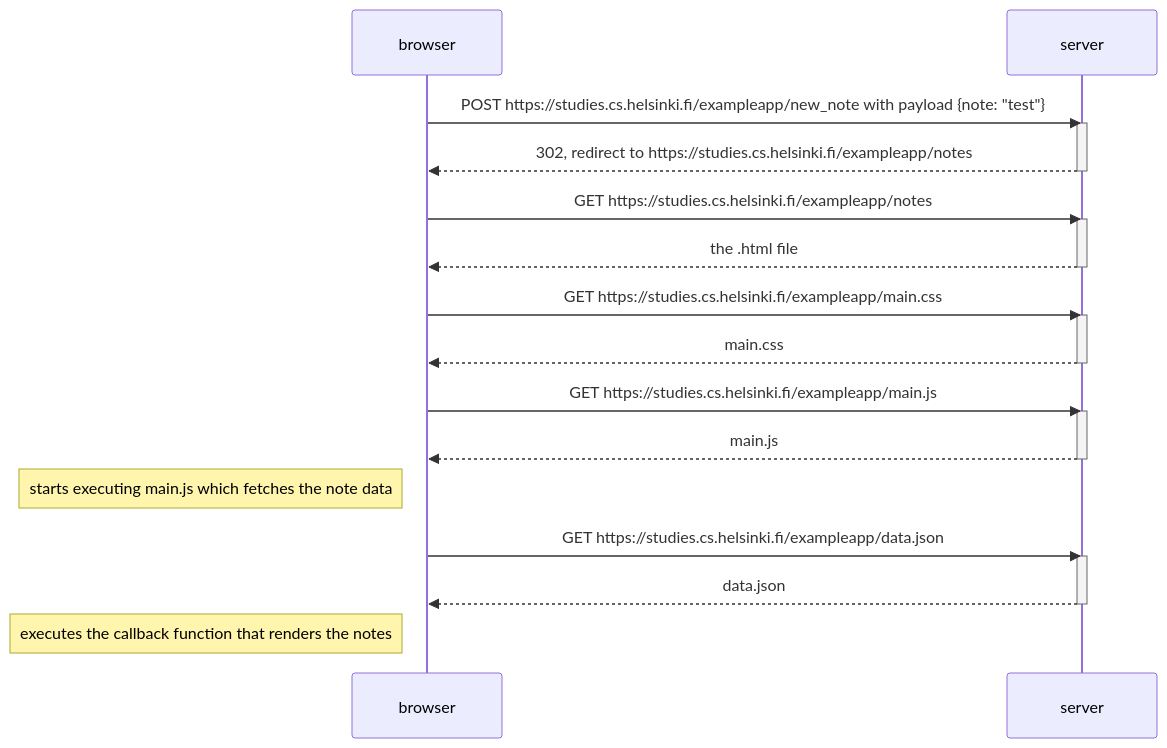
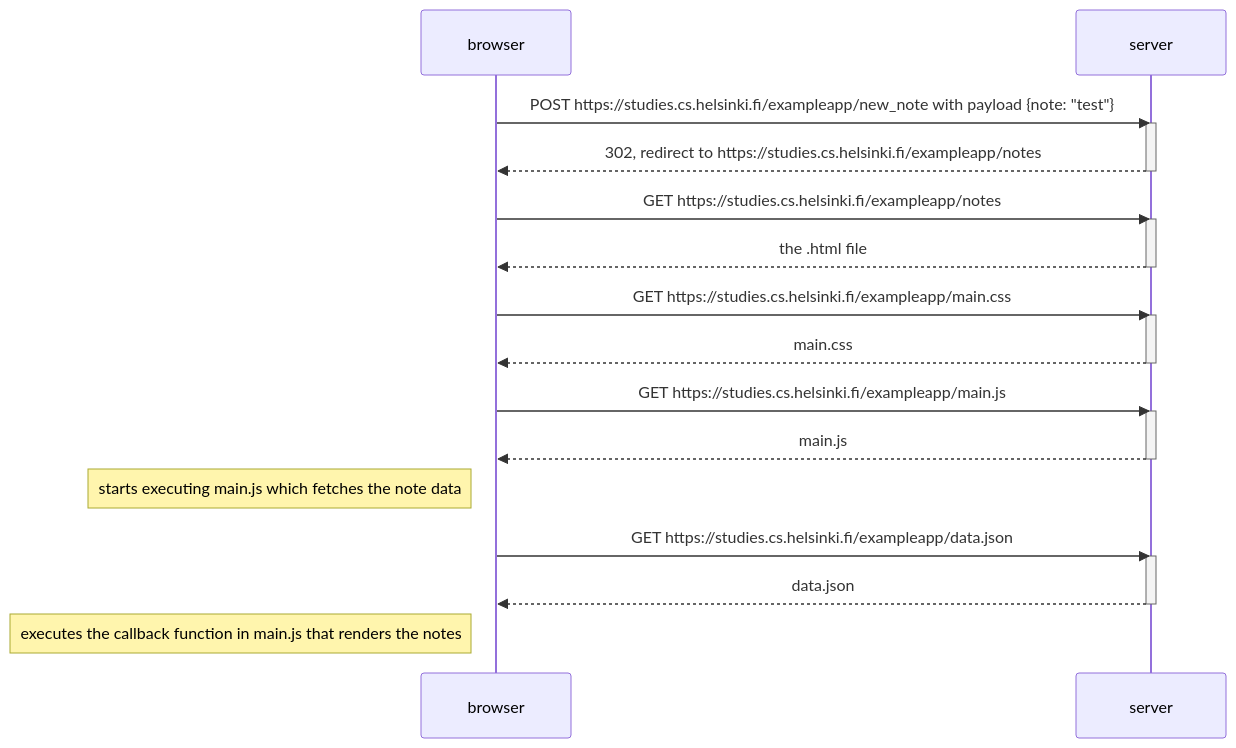
The diagram in part0/0-4-new-note-diagram.md (kuuotto/fullstack), drawn with Mermaid before and after one commit.

Commit message:
Update solution to exercise 0.4

````diff
--- a/part0/0-4-new-note-diagram.md
+++ b/part0/0-4-new-note-diagram.md
@@ -3,34 +3,34 @@
 ```mermaid
 sequenceDiagram
     participant browser
     participant server
 
     browser->>server: POST https://studies.cs.helsinki.fi/exampleapp/new_note with payload {note: "test"}
     activate server
     server-->>browser: 302, redirect to https://studies.cs.helsinki.fi/exampleapp/notes
     deactivate server
 
     browser->>server: GET https://studies.cs.helsinki.fi/exampleapp/notes
     activate server
     server-->>browser: the .html file
     deactivate server
 
     browser->>server: GET https://studies.cs.helsinki.fi/exampleapp/main.css
     activate server
     server-->>browser: main.css
     deactivate server
 
     browser->>server: GET https://studies.cs.helsinki.fi/exampleapp/main.js
     activate server
     server-->>browser: main.js
     deactivate server
 
     Note left of browser: starts executing main.js which fetches the note data
 
     browser->>server: GET https://studies.cs.helsinki.fi/exampleapp/data.json
     activate server
     server-->>browser: data.json
     deactivate server
 
-    Note left of browser: executes the callback function that renders the notes
+    Note left of browser: executes the callback function in main.js that renders the notes
 ```
````
